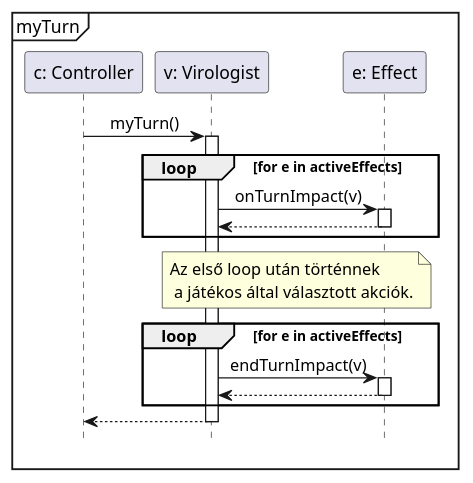
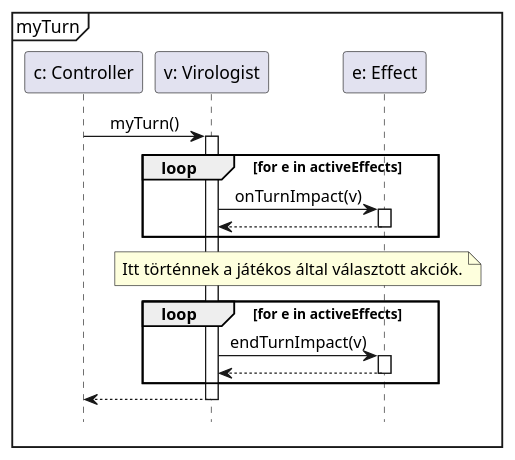
One commit to Tschonti/503-service-unavailable changed the diagram in docs/seqDiagrams/myTurn.puml. Above: the diagram before and after it, drawn with PlantUML. The commit also changed 14 other files, not shown here.

```diff
--- a/docs/seqDiagrams/myTurn.puml
+++ b/docs/seqDiagrams/myTurn.puml
@@ -1,23 +1,23 @@
 @startuml
 
 hide footbox
 skinparam sequenceMessageAlign center
 
 mainframe myTurn
 
 participant "c: Controller" as c
 participant "v: Virologist" as v
 participant "e: Effect" as e
 c -> v ++ : myTurn()
     loop for e in activeEffects
         v -> e ++ : onTurnImpact(v)
         return
     end
-    note over v,e: Az első loop után történnek\n a játékos által választott akciók.
+    note over v,e: Itt történnek a játékos által választott akciók.
     loop for e in activeEffects
         v -> e ++ : endTurnImpact(v)
         return
     end
 
 return
 @enduml
```
